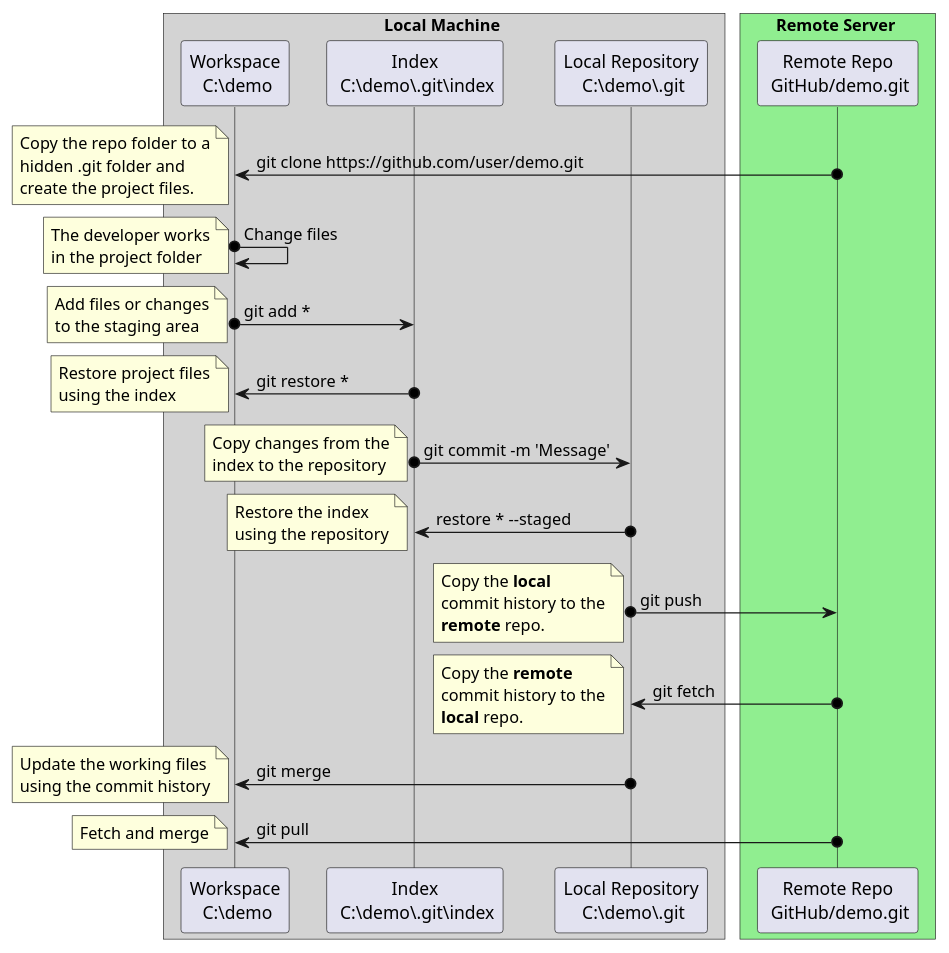
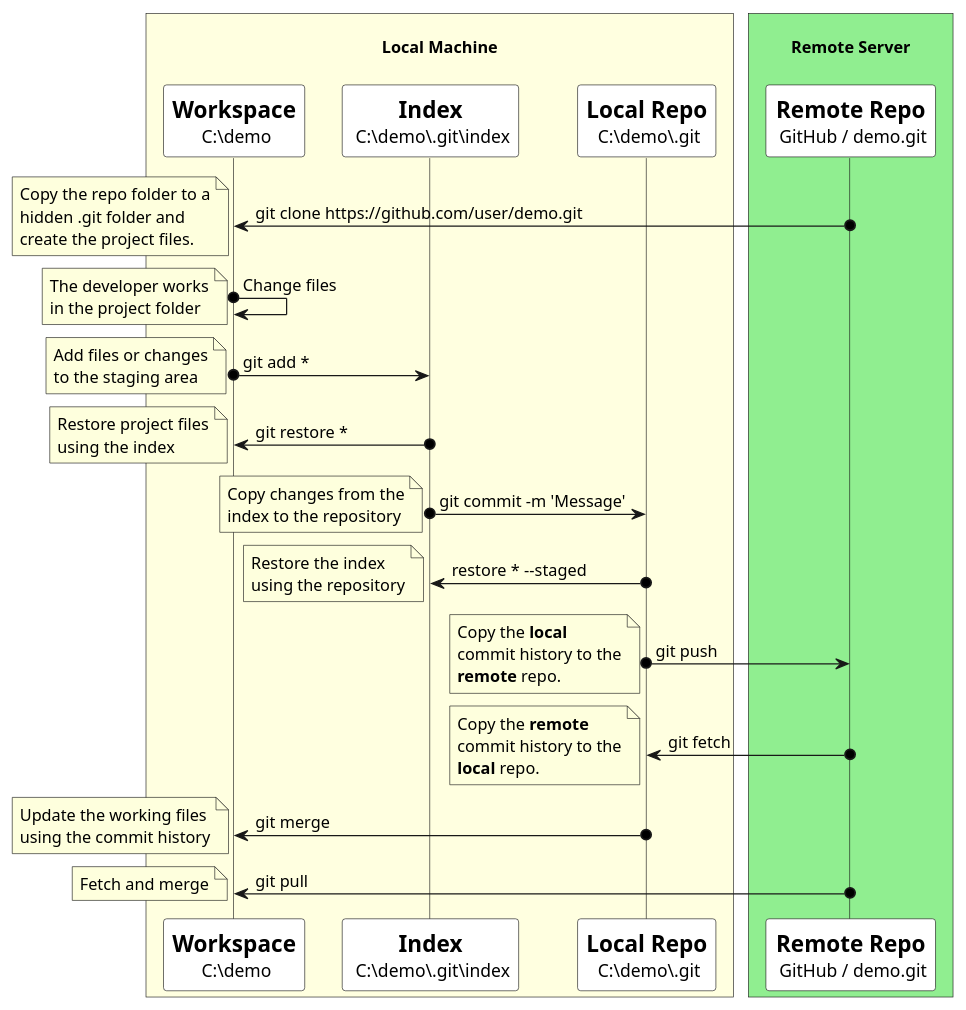
The diagram in Assets/uml/git-dataflow-diagram.puml (braboj/tutorial-git), drawn with PlantUML before and after one commit.

Commit message:
(TUT-GIT) - Dataflow diagram

```diff
--- a/Assets/uml/git-dataflow-diagram.puml
+++ b/Assets/uml/git-dataflow-diagram.puml
@@ -1,95 +1,96 @@
 @startuml
 skinparam lifelineStrategy solid
-'skinparam backgroundColor #EEEBDC
 skinparam handwritten false
-'skinparam SequenceMessageAlign center
 skinparam ParticipantPadding 10
 skinparam BoxPadding 5
+'skinparam SequenceMessageAlign center
+'skinparam backgroundColor #EEEBDC
+
 
 '#############################################################################
 
-box Local Machine #LightGrey
-    participant "Workspace\n C:\demo" as Workspace
-    participant "Index\n C:\demo\.git\index" as Index
-    participant "Local Repository\n C:\demo\.git" as Local
+box \nLocal Machine\n #LightYellow
+    participant "<size:18>**Workspace**</size>\n C:\demo" as Workspace #White
+    participant "<size:18>**Index**</size>\n C:\demo\.git\index" as Index #White
+    participant "<size:18>**Local Repo**</size>\n C:\demo\.git" as Local #White
 end box
 
-box Remote Server #LightGreen
-    participant "Remote Repo\n GitHub/demo.git" as Remote
+box \nRemote Server\n #LightGreen
+    participant "<size:18>**Remote Repo**</size>\n GitHub / demo.git" as Remote #White
 end box
 
 '#############################################################################
 
 'Cloning
 Remote o-> Workspace : git clone https://github.com/user/demo.git
 note left
     Copy the repo folder to a
     hidden .git folder and
     create the project files.
 end note
 
 'Work in progress
 Workspace o-> Workspace : Change files
 note left
     The developer works
     in the project folder
 end note
 
 'Staging
 Workspace o-> Index  : git add *
 note left
     Add files or changes
     to the staging area
 end note
 
 'Unstaging
 Index o-> Workspace  : git restore *
 note left
     Restore project files
     using the index
 end note
 
 'Commit
 Index o-> Local      : git commit -m 'Message'
 note left
     Copy changes from the
     index to the repository
 end note
 
 'Reverting
 Local o-> Index  :  restore * --staged
 note left
     Restore the index
     using the repository
 end note
 
 'Pushing
 Local o-> Remote     : git push
 note left
     Copy the **local**
     commit history to the
     **remote** repo.
 end note
 
 'Fetching
 Remote o-> Local     : git fetch
 note left
     Copy the **remote**
     commit history to the
     **local** repo.
 end note
 
 'Update
 Local o-> Workspace  : git merge
 note left
     Update the working files
     using the commit history
 end note
 
 'Pulling
 Remote o-> Workspace : git pull
 note left
    Fetch and merge
 end note
 
 @enduml
```
